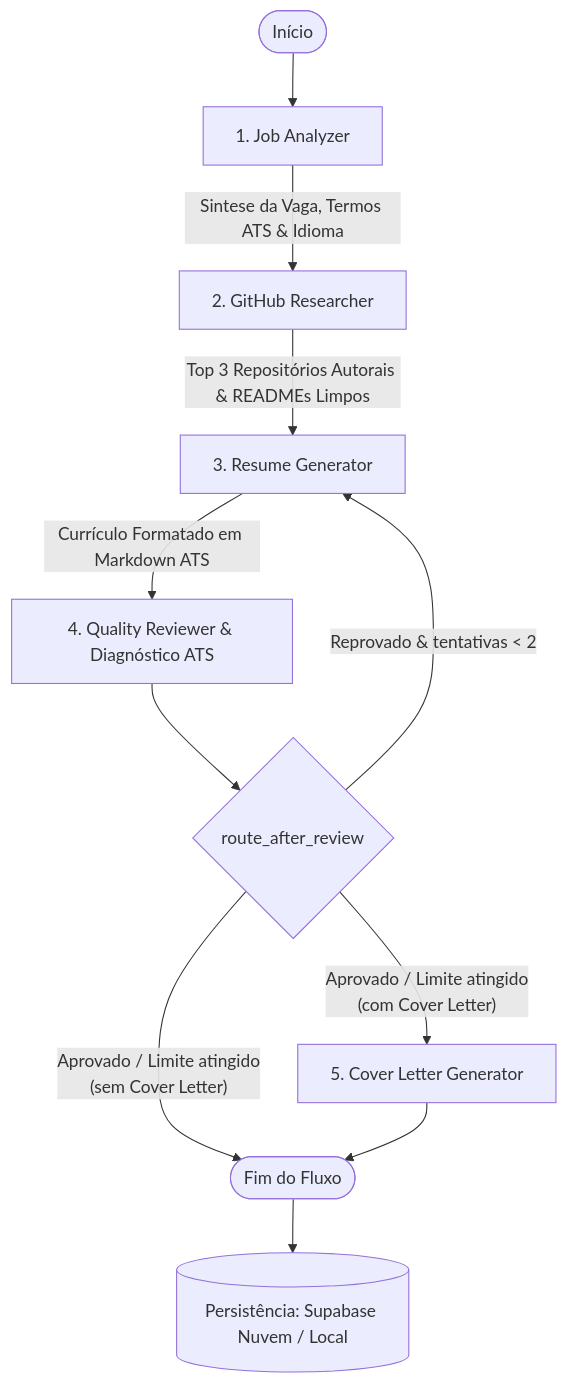
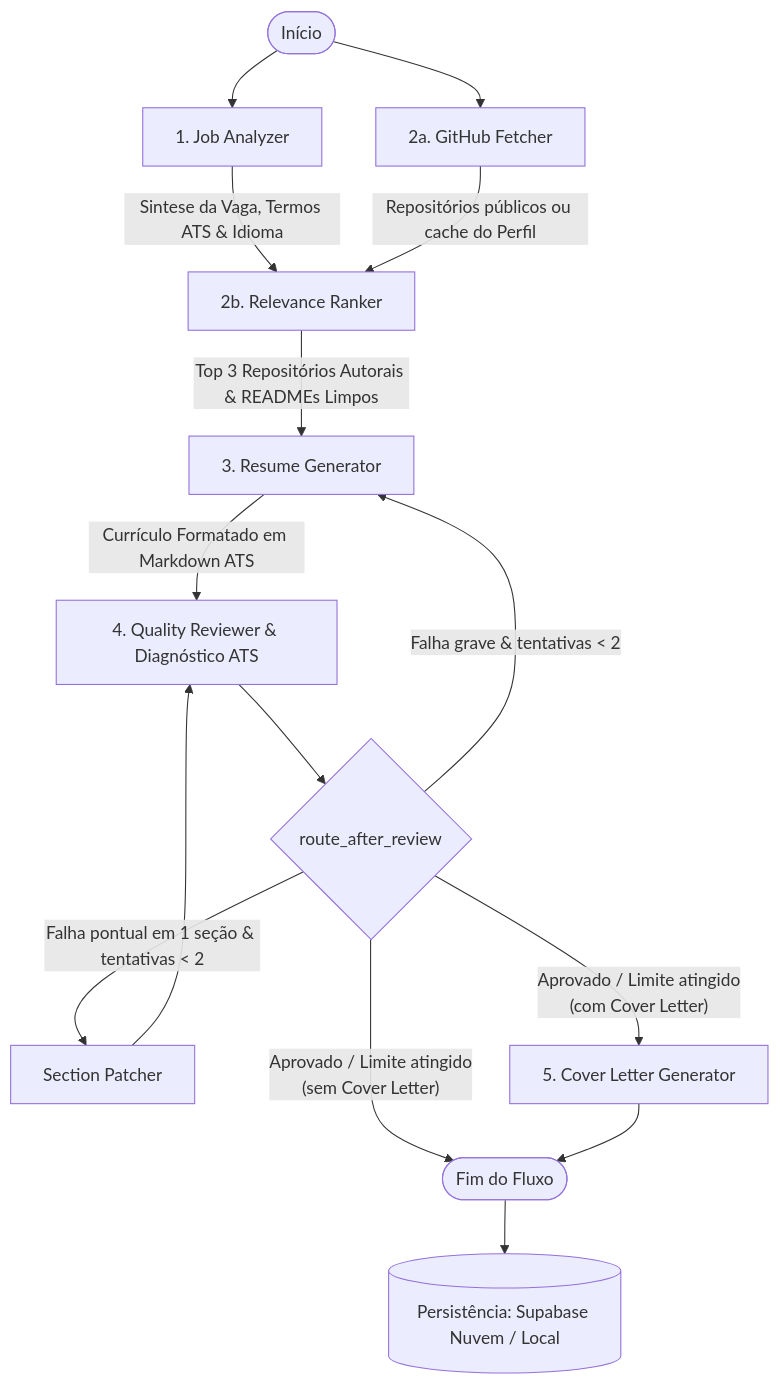
The diagram in README.md (thiagoeu/cv_nitro), drawn with Mermaid before and after one commit. The commit also changed other lines of this file and 8 other files, not shown here.

````diff
--- a/README.md
+++ b/README.md
@@ -85,15 +85,19 @@
 ```mermaid
 flowchart TD
     Start([Início]) --> JA[1. Job Analyzer]
-    JA -->|Sintese da Vaga, Termos ATS & Idioma| GR[2. GitHub Researcher]
-    GR -->|Top 3 Repositórios Autorais & READMEs Limpos| RG[3. Resume Generator]
+    Start --> GF[2a. GitHub Fetcher]
+    JA -->|Sintese da Vaga, Termos ATS & Idioma| RR[2b. Relevance Ranker]
+    GF -->|Repositórios públicos ou cache do Perfil| RR
+    RR -->|Top 3 Repositórios Autorais & READMEs Limpos| RG[3. Resume Generator]
     RG -->|Currículo Formatado em Markdown ATS| QR[4. Quality Reviewer & Diagnóstico ATS]
     
     QR --> Route{route_after_review}
-    Route -- "Reprovado & tentativas < 2" --> RG
+    Route -- "Falha pontual em 1 seção & tentativas < 2" --> SP[Section Patcher]
+    SP --> QR
+    Route -- "Falha grave & tentativas < 2" --> RG
     Route -- "Aprovado / Limite atingido\n(sem Cover Letter)" --> EndFlow([Fim do Fluxo])
     Route -- "Aprovado / Limite atingido\n(com Cover Letter)" --> CL[5. Cover Letter Generator]
     CL --> EndFlow
     
     EndFlow --> Storage[(Persistência: Supabase Nuvem / Local)]
 ```
````
